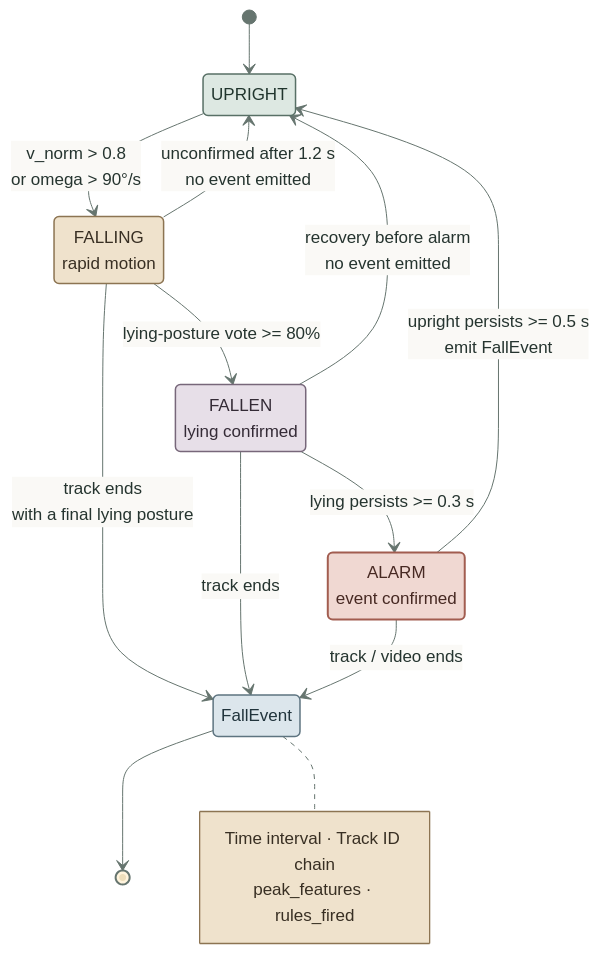
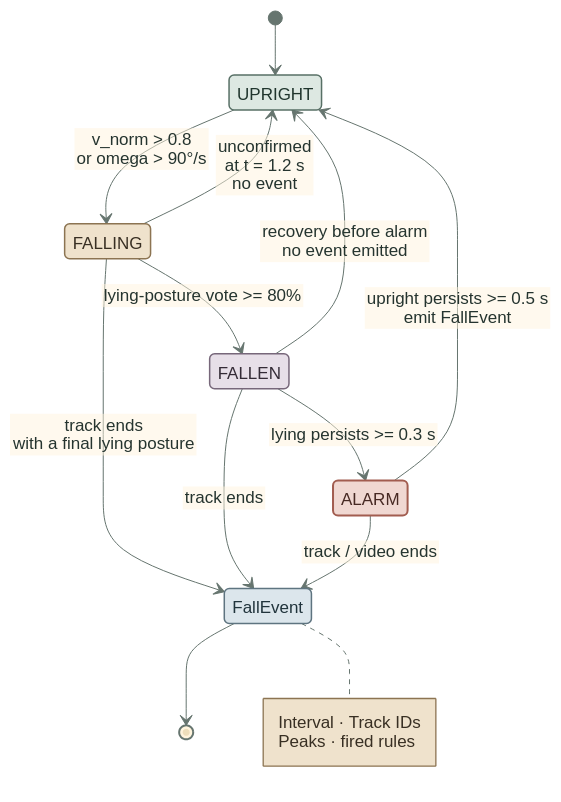
The third of 3 diagrams in README.en.md (kuotunyu/fall-detection-pose), drawn with Mermaid before and after one commit. The commit also changed other lines of this file and 1 other file, not shown here.

Commit message:
docs: improve Mermaid diagram readability

````diff
--- a/README.en.md
+++ b/README.en.md
@@ -215,40 +212,34 @@
 ```mermaid
-%%{init: {'theme': 'base', 'themeVariables': {'fontSize': '17px', 'fontFamily': 'Arial, sans-serif', 'lineColor': '#66756F', 'primaryTextColor': '#25342F', 'edgeLabelBackground': '#FAF9F6', 'noteBkgColor': '#EFE2CC', 'noteBorderColor': '#8C7452', 'noteTextColor': '#382F23'}}}%%
+%%{init: {'theme': 'base', 'htmlLabels': false, 'themeVariables': {'fontSize': '17px', 'fontFamily': 'Arial, sans-serif', 'lineColor': '#66756F', 'primaryTextColor': '#25342F', 'edgeLabelBackground': '#FAF9F6', 'noteBkgColor': '#EFE2CC', 'noteBorderColor': '#8C7452', 'noteTextColor': '#382F23'}}}%%
 stateDiagram-v2
     direction TB
-    state "UPRIGHT" as U
-    state "FALLING<br/>rapid motion" as F
-    state "FALLEN<br/>lying confirmed" as L
-    state "ALARM<br/>event confirmed" as A
-    state "FallEvent" as E
+    [*] --> UPRIGHT
+    UPRIGHT --> FALLING: v_norm > 0.8<br/>or omega > 90°/s
+    FALLING --> FALLEN: lying-posture vote >= 80%
+    FALLING --> UPRIGHT: unconfirmed<br/>at t = 1.2 s<br/>no event
+    FALLEN --> ALARM: lying persists >= 0.3 s
+    FALLEN --> UPRIGHT: recovery before alarm<br/>no event emitted
+    ALARM --> UPRIGHT: upright persists >= 0.5 s<br/>emit FallEvent
 
-    [*] --> U
-    U --> F: v_norm > 0.8<br/>or omega > 90°/s
-    F --> L: lying-posture vote >= 80%
-    F --> U: unconfirmed after 1.2 s<br/>no event emitted
-    L --> A: lying persists >= 0.3 s
-    L --> U: recovery before alarm<br/>no event emitted
-    A --> U: upright persists >= 0.5 s<br/>emit FallEvent
+    FALLING --> FallEvent: track ends<br/>with a final lying posture
+    FALLEN --> FallEvent: track ends
+    ALARM --> FallEvent: track / video ends
+    FallEvent --> [*]
 
-    F --> E: track ends<br/>with a final lying posture
-    L --> E: track ends
-    A --> E: track / video ends
-    E --> [*]
-
-    note right of E
-        Time interval · Track ID chain
-        peak_features · rules_fired
+    note right of FallEvent
+        Interval · Track IDs
+        Peaks · fired rules
     end note
 
     classDef upright fill:#DDE8E2,stroke:#587066,stroke-width:1.5px,color:#20352D
     classDef falling fill:#EFE2CC,stroke:#8C7452,stroke-width:1.5px,color:#382F23
     classDef fallen fill:#E7DFE8,stroke:#77677A,stroke-width:1.5px,color:#342B36
     classDef alarm fill:#F0D8D2,stroke:#A25D50,stroke-width:2px,color:#472923
     classDef event fill:#DCE6EC,stroke:#5E7480,stroke-width:1.5px,color:#21343C
 
-    class U upright
-    class F falling
-    class L fallen
-    class A alarm
-    class E event
+    class UPRIGHT upright
+    class FALLING falling
+    class FALLEN fallen
+    class ALARM alarm
+    class FallEvent event
 ```
````
